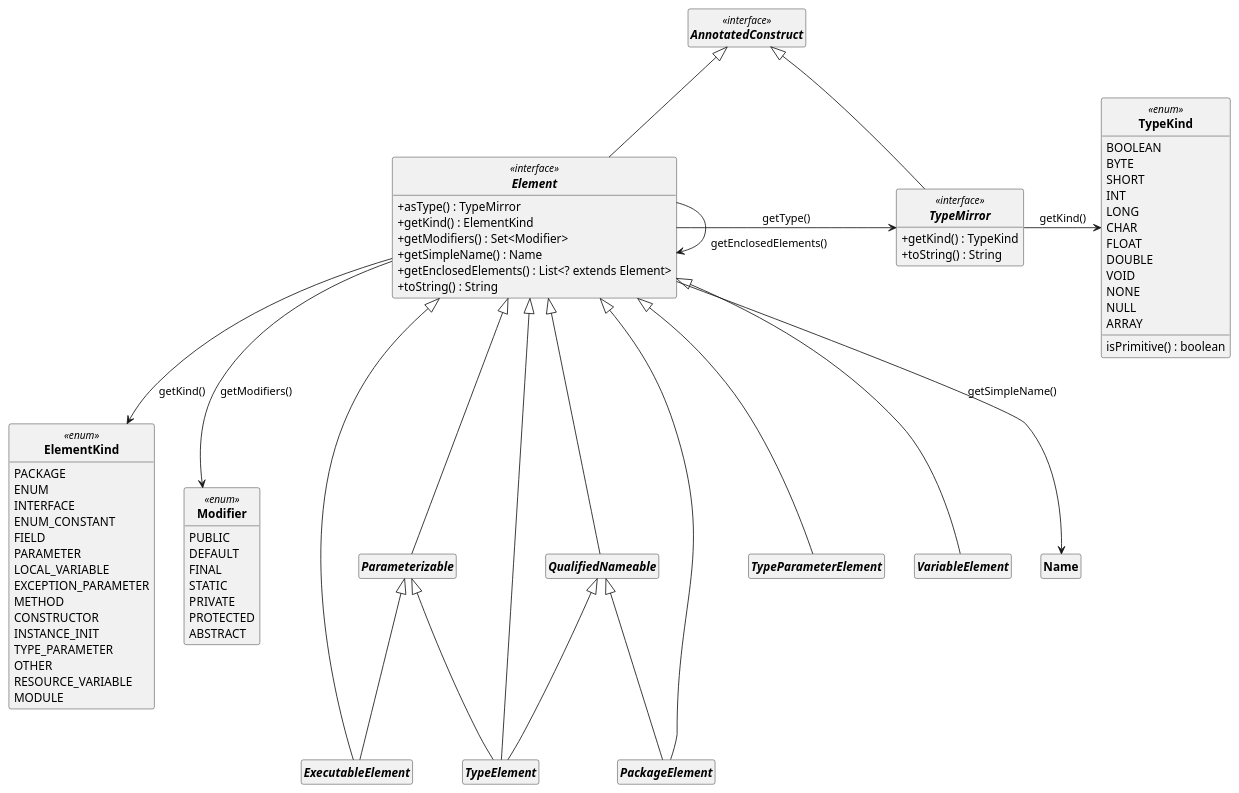
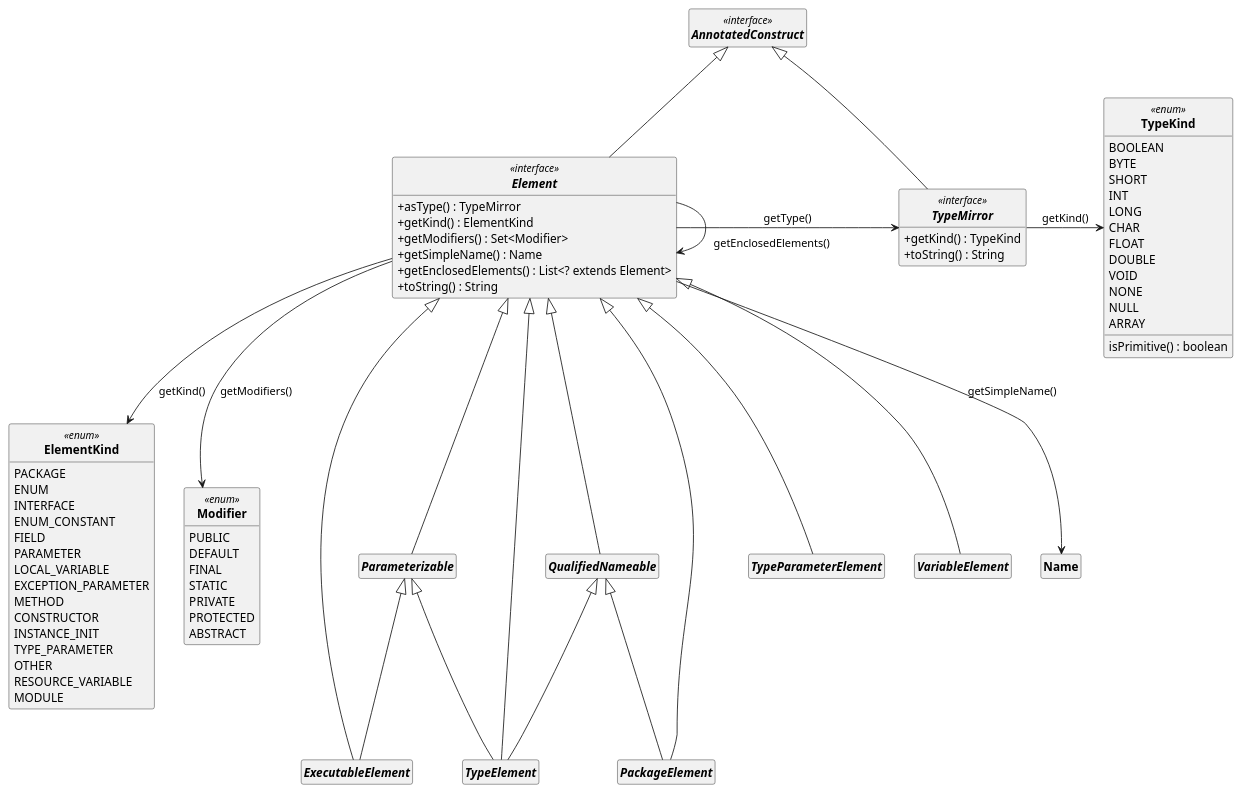
One commit to yassinkioua/Projet-PumlFromJava changed the diagram in uml/DCC_Java_language_API.puml. Above: the diagram before and after it, drawn with PlantUML. The commit also changed 5 other files, not shown here.

Commit message:
Maj de tout les diagrammes

```diff
--- a/uml/DCC_Java_language_API.puml
+++ b/uml/DCC_Java_language_API.puml
@@ -1,87 +1,87 @@
 @startuml
 'https://plantuml.com/class-diagram
 skinparam classAttributeIconSize 0
 skinparam classFontStyle Bold
 skinparam style strictuml
 hide empty members
 
 interface AnnotatedConstruct <<interface>>
 
 interface Element <<interface>> extends AnnotatedConstruct
 {
 +asType() : TypeMirror
 +getKind() : ElementKind
 +getModifiers() : Set<Modifier>
 +getSimpleName() : Name
 +getEnclosedElements() : List<? extends Element>
 +toString() : String
 }
 
 interface TypeMirror <<interface>> extends AnnotatedConstruct
 {
 +getKind() : TypeKind
 +toString() : String
 }
 
 enum ElementKind <<enum>>
 {
     PACKAGE
     ENUM
     INTERFACE
     ENUM_CONSTANT
     FIELD
     PARAMETER
     LOCAL_VARIABLE
     EXCEPTION_PARAMETER
     METHOD
     CONSTRUCTOR
     INSTANCE_INIT
     TYPE_PARAMETER
     OTHER
     RESOURCE_VARIABLE
     MODULE
 }
 
 enum Modifier <<enum>> {
     PUBLIC
     DEFAULT
     FINAL
     STATIC
     PRIVATE
     PROTECTED
     ABSTRACT
 }
 
 enum TypeKind <<enum>>
 {
     BOOLEAN
     BYTE
     SHORT
     INT
     LONG
     CHAR
     FLOAT
     DOUBLE
     VOID
     NONE
     NULL
     ARRAY
     isPrimitive() : boolean
 }
 
 interface ExecutableElement extends Element, Parameterizable
 interface PackageElement extends Element, QualifiedNameable
 interface Parameterizable extends Element
 interface QualifiedNameable extends Element
 interface TypeElement extends Element, Parameterizable, QualifiedNameable
 interface TypeParameterElement extends Element
 interface VariableElement extends Element
 
 Element --> Modifier : getModifiers()
 Element --> ElementKind : getKind()
 Element -> TypeMirror : getType()
 TypeMirror -> TypeKind : getKind()
-Element --> Element : \n\ngetEnclosedElements()
+Element --> Element : \n\n getEnclosedElements()
 Element --> Name : getSimpleName()
 
 @enduml
```
